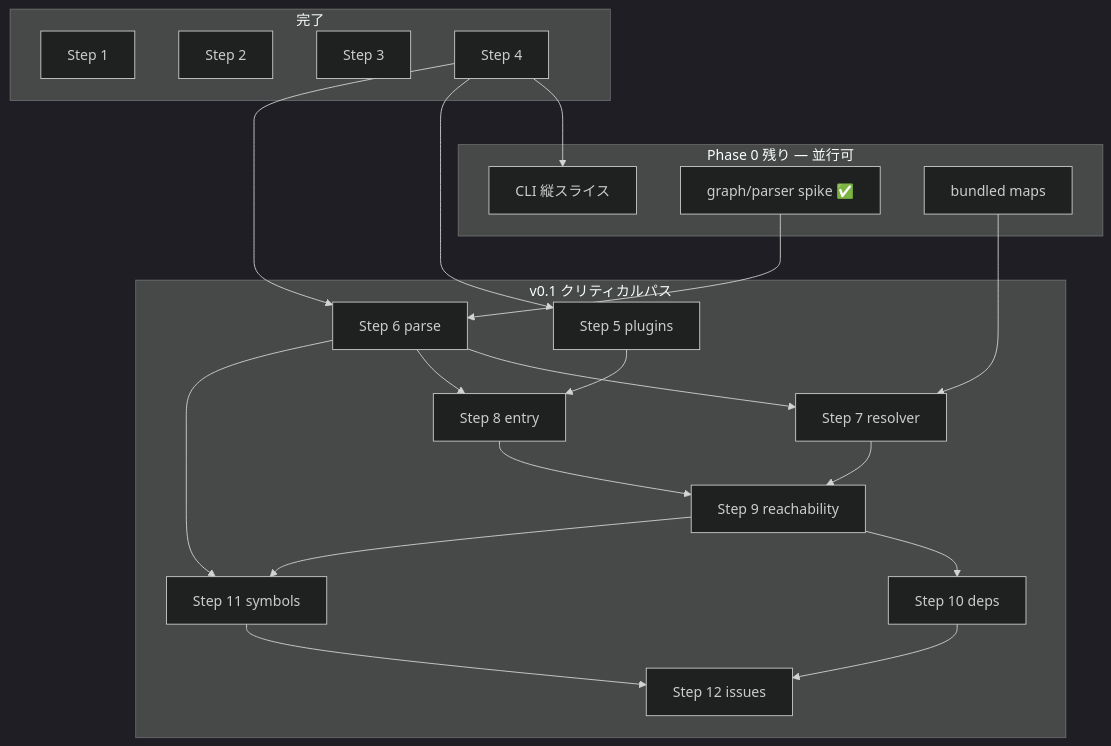
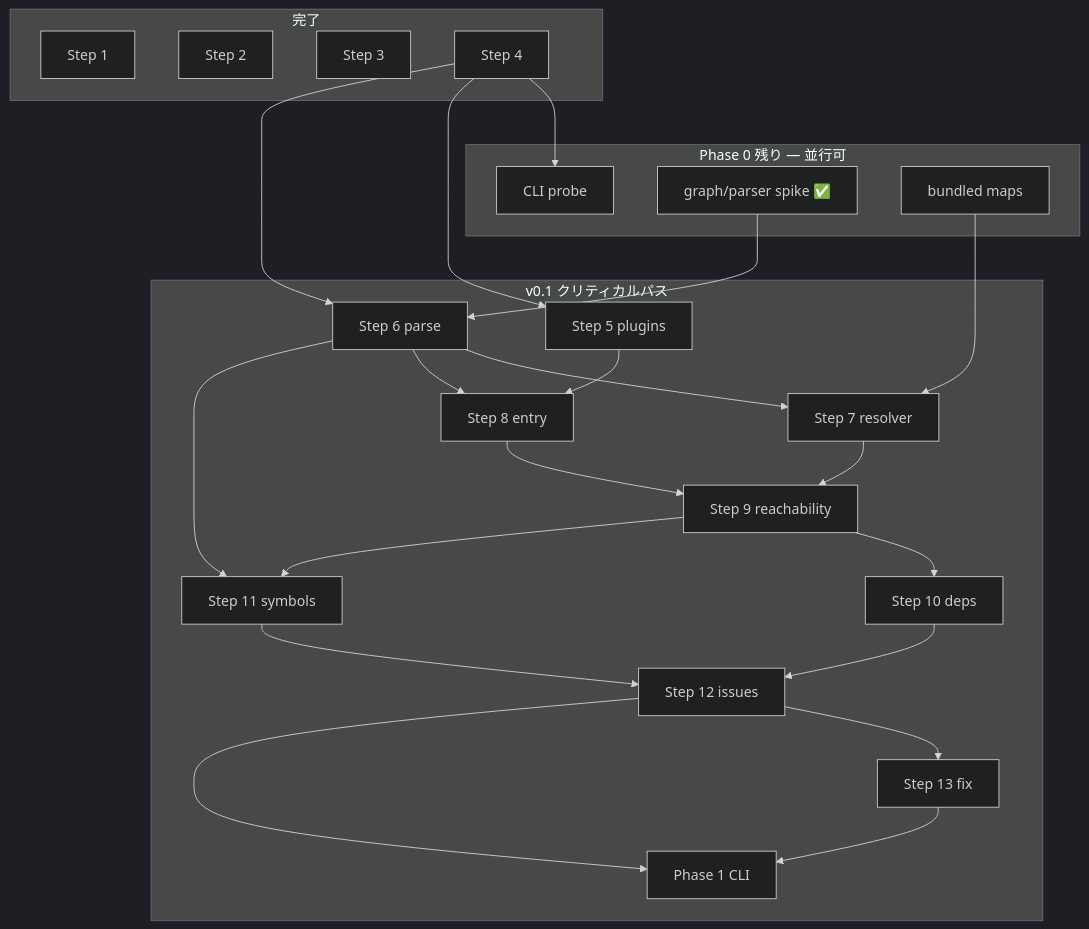
Before and after one commit to watany-dev/chokkin: the diagram in docs/dev/plans/README.md, drawn with Mermaid (dark theme). The commit also changed other lines of this file and 6 other files, not shown here.

First line of the commit message:
docs: add Steps 9–13 and Phase 1 CLI implementation plans

````diff
--- a/docs/dev/plans/README.md
+++ b/docs/dev/plans/README.md
@@ -35,42 +36,47 @@
 ```mermaid
 flowchart TB
   subgraph done [完了]
     S1[Step 1]
     S2[Step 2]
     S3[Step 3]
     S4[Step 4]
   end
 
   subgraph phase0 [Phase 0 残り — 並行可]
-    CLI[CLI 縦スライス]
+    CLI[CLI probe]
     P0G[graph/parser spike ✅]
     MAPS[bundled maps]
   end
 
   subgraph core [v0.1 クリティカルパス]
     S5[Step 5 plugins]
     S6[Step 6 parse]
     S7[Step 7 resolver]
     S8[Step 8 entry]
     S9[Step 9 reachability]
     S10[Step 10 deps]
     S11[Step 11 symbols]
     S12[Step 12 issues]
+    S13[Step 13 fix]
+    P1[Phase 1 CLI]
   end
 
   S4 --> CLI
   S4 --> S5
   S4 --> S6
   P0G --> S6
   S6 --> S7
   MAPS --> S7
   S5 --> S8
   S6 --> S8
   S7 --> S9
   S8 --> S9
   S9 --> S10
   S6 --> S11
   S9 --> S11
   S10 --> S12
   S11 --> S12
+  S12 --> S13
+  S12 --> P1
+  S13 --> P1
 ```
````
